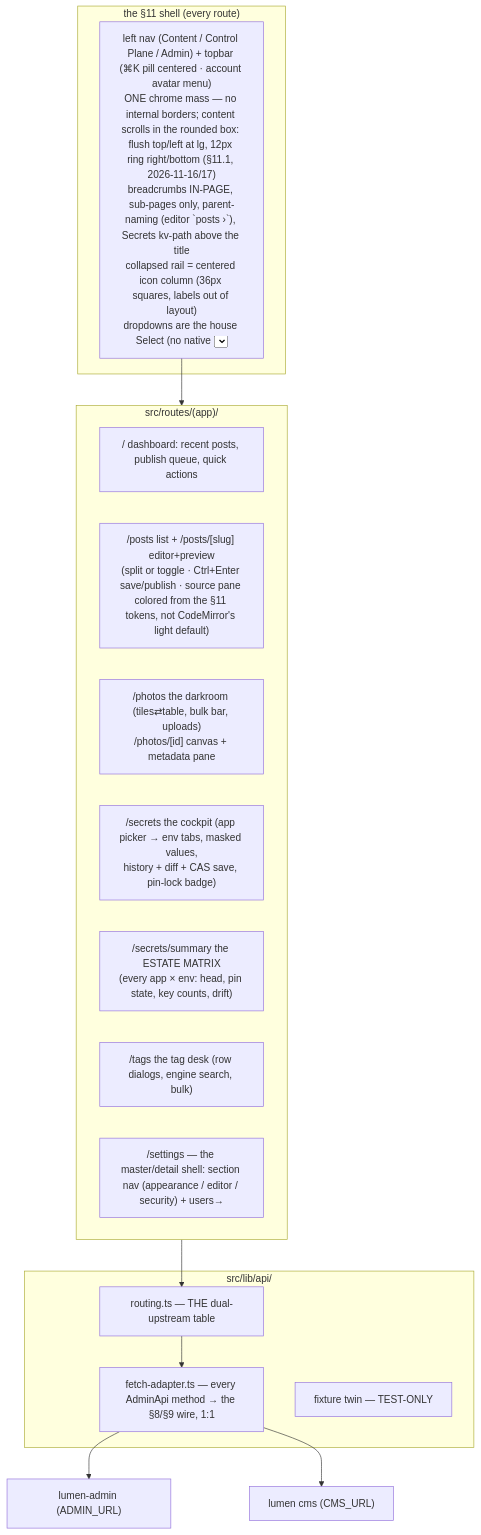
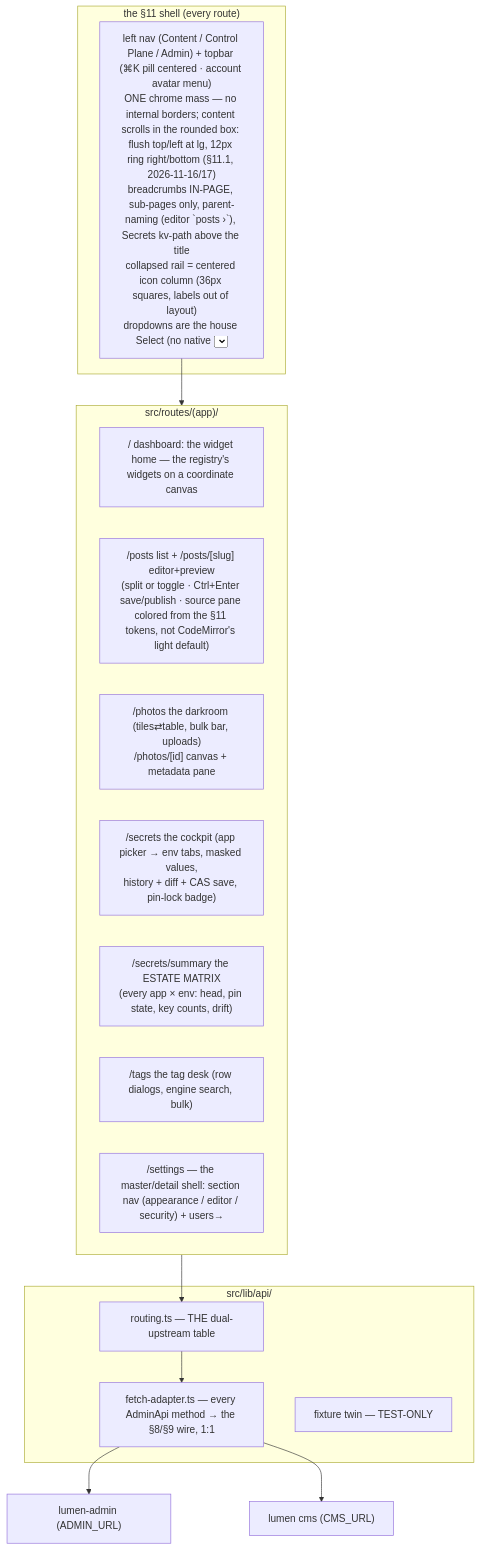
One commit to kanatabi/omicron changed the first of 2 diagrams in context-knowledge/repos/mellon/README.md. Above: the diagram before and after it, drawn with Mermaid. The commit also changed other lines of this file and 3 other files, not shown here.

````diff
--- a/context-knowledge/repos/mellon/README.md
+++ b/context-knowledge/repos/mellon/README.md
@@ -98,25 +103,25 @@
 ```mermaid
 flowchart TB
     subgraph shell["the §11 shell (every route)"]
         NAV["left nav (Content / Control Plane / Admin) + topbar (⌘K pill centered · account avatar menu)<br/>ONE chrome mass — no internal borders; content scrolls in the rounded box: flush top/left at lg, 12px ring right/bottom (§11.1, 2026-11-16/17)<br/>breadcrumbs IN-PAGE, sub-pages only, parent-naming (editor `posts ›`), Secrets kv-path above the title<br/>collapsed rail = centered icon column (36px squares, labels out of layout)<br/>dropdowns are the house Select (no native <select>); content-mode palette rows wear cast-hued type pills"]
     end
     subgraph app["src/routes/(app)/"]
-        DASH["/ dashboard: recent posts, publish queue, quick actions"]
+        DASH["/ dashboard: the widget home — the registry's widgets on a coordinate canvas"]
         POSTS["/posts list + /posts/[slug] editor+preview<br/>(split or toggle · Ctrl+Enter save/publish · source pane colored from the §11 tokens, not CodeMirror's light default)"]
         PHOTOS["/photos the darkroom (tiles⇄table, bulk bar, uploads)<br/>/photos/[id] canvas + metadata pane"]
         SEC["/secrets the cockpit (app picker → env tabs, masked values,<br/>history + diff + CAS save, pin-lock badge)"]
         SUM["/secrets/summary the ESTATE MATRIX<br/>(every app × env: head, pin state, key counts, drift)"]
         TAGS["/tags the tag desk (row dialogs, engine search, bulk)"]
         SET["/settings — the master/detail shell: section nav (appearance / editor / security) + users→"]
     end
     subgraph lib["src/lib/api/"]
         RT["routing.ts — THE dual-upstream table"]
         FA["fetch-adapter.ts — every AdminApi method → the §8/§9 wire, 1:1"]
         TWIN["fixture twin — TEST-ONLY"]
     end
     NAV --> app
     app --> RT
     RT --> FA
     FA --> A["lumen-admin (ADMIN_URL)"]
     FA --> C["lumen cms (CMS_URL)"]
 ```
````
